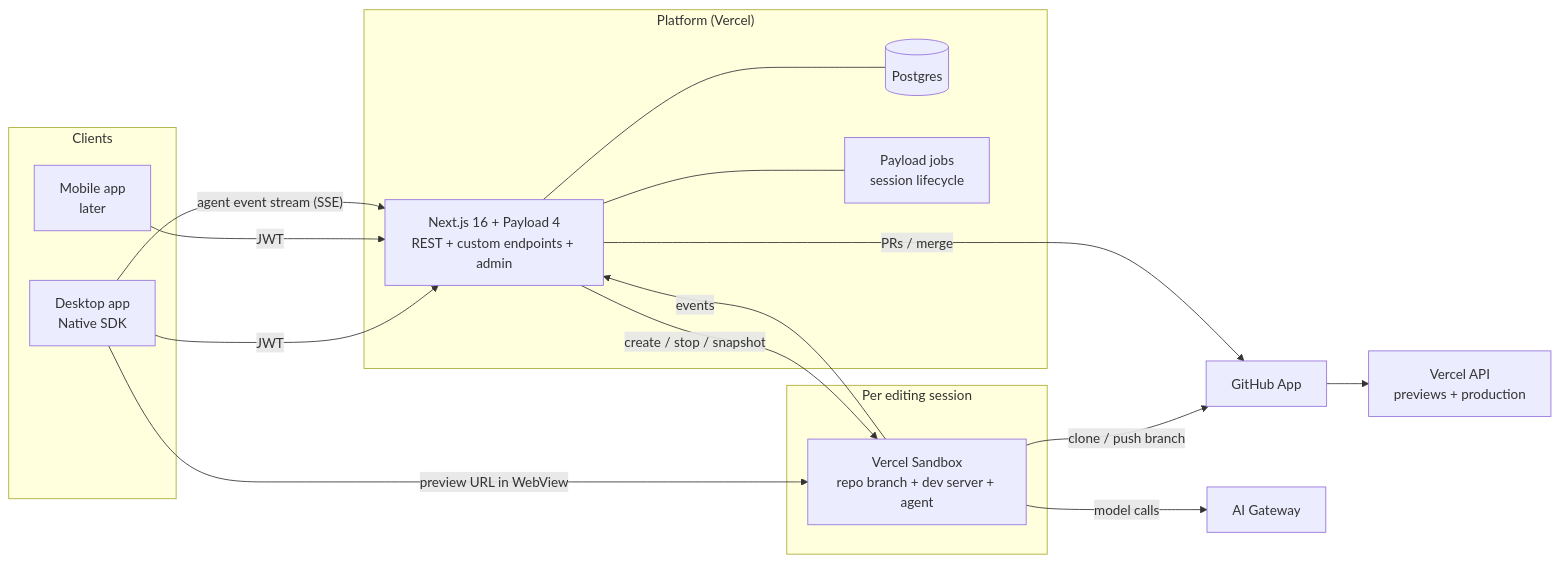
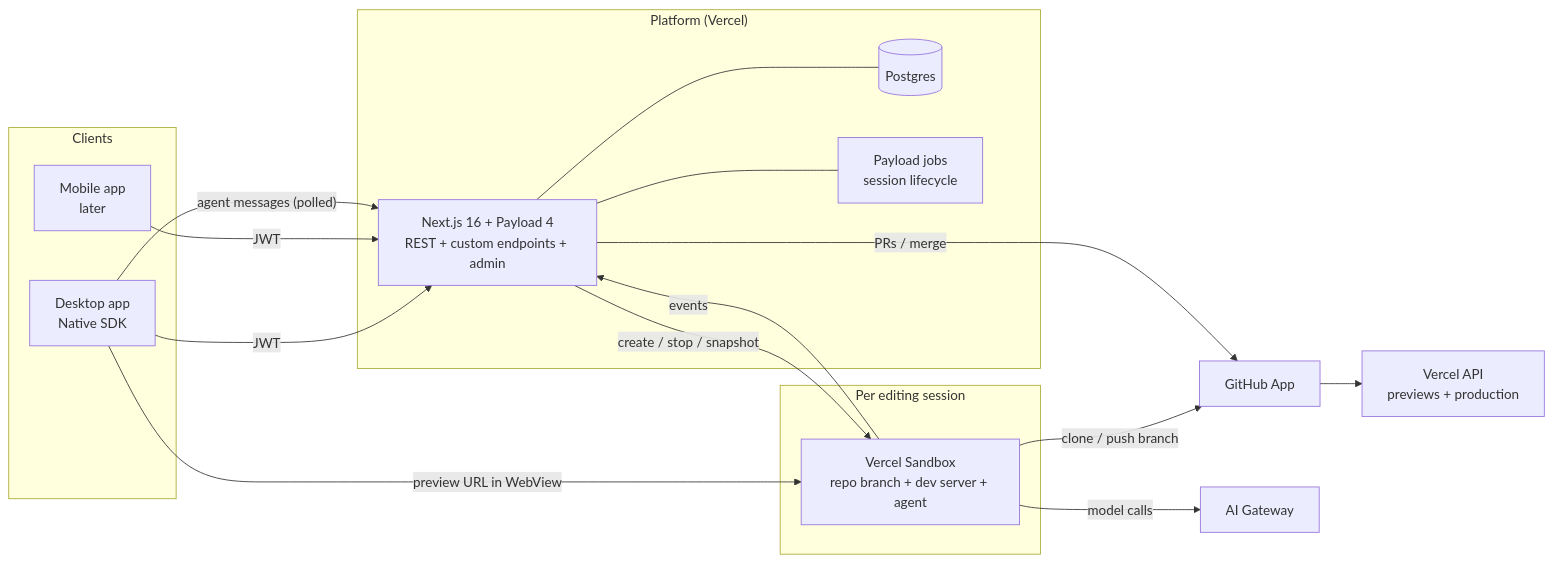
One commit to sitekickcodes/sitekick changed the first of 2 diagrams in docs/architecture.md. Above: the diagram before and after it, drawn with Mermaid. The commit also changed other lines of this file and 2 other files, not shown here.

Commit message:
Document the agent chat (M4)

````diff
--- a/docs/architecture.md
+++ b/docs/architecture.md
@@ -60,31 +60,31 @@
 ```mermaid
 flowchart LR
   subgraph Clients
     D[Desktop app<br/>Native SDK]
     M[Mobile app<br/>later]
   end
   subgraph Platform["Platform (Vercel)"]
     P[Next.js 16 + Payload 4<br/>REST + custom endpoints + admin]
     DB[(Postgres)]
     J[Payload jobs<br/>session lifecycle]
   end
   subgraph Session["Per editing session"]
     S[Vercel Sandbox<br/>repo branch + dev server + agent]
   end
   GH[GitHub App]
   V[Vercel API<br/>previews + production]
   AI[AI Gateway]
 
   D -- JWT --> P
   M -- JWT --> P
   P --- DB
   P --- J
   P -- create / stop / snapshot --> S
   D -- preview URL in WebView --> S
-  D -- agent event stream (SSE) --> P
+  D -- agent messages (polled) --> P
   S -- events --> P
   S -- clone / push branch --> GH
   S -- model calls --> AI
   P -- PRs / merge --> GH
   GH --> V
 ```
````
